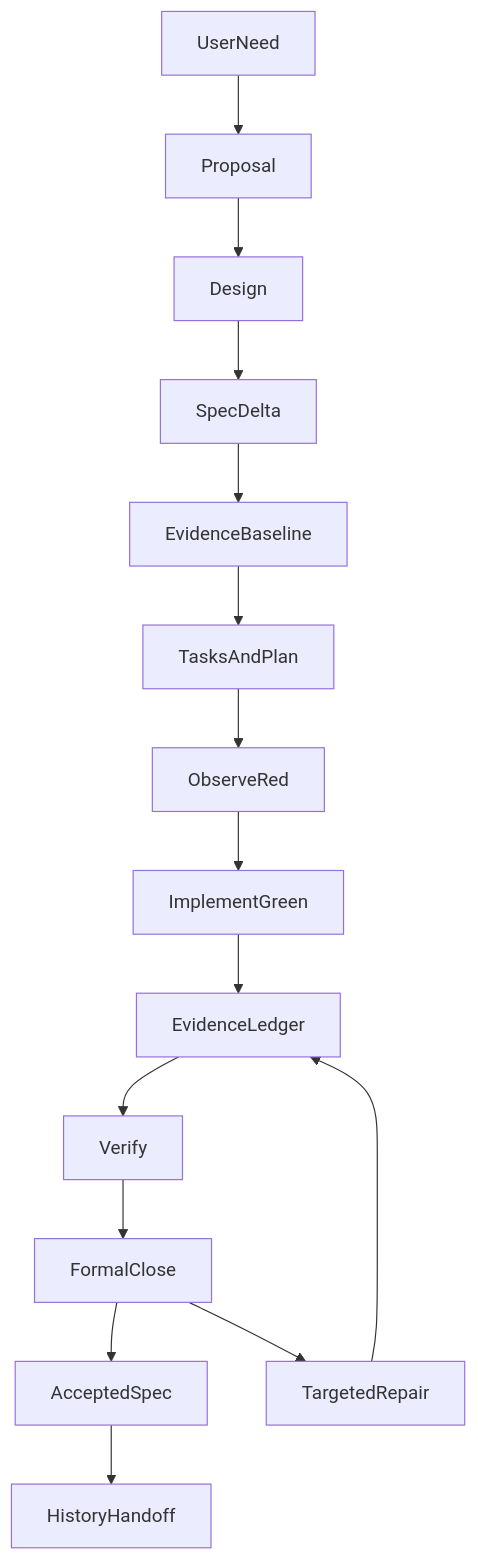
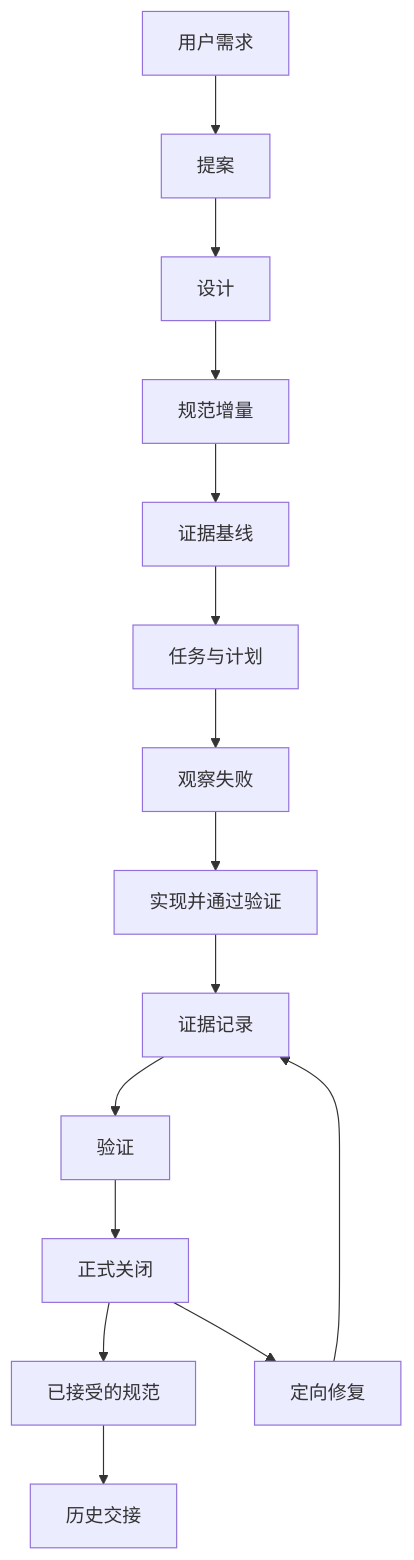
The diagram in articles/026-agent-spec-evidence-workflow.md (hpoenixf/eff-agent-article), drawn with Mermaid before and after one commit. The commit also changed 52 other files, not shown here.

Commit message:
docs: localize diagrams and clarify flagship guides

````diff
--- a/articles/026-agent-spec-evidence-workflow.md
+++ b/articles/026-agent-spec-evidence-workflow.md
@@ -46,17 +46,17 @@
 ```mermaid
 graph TD
-UserNeed --> Proposal
-Proposal --> Design
-Design --> SpecDelta
-SpecDelta --> EvidenceBaseline
-EvidenceBaseline --> TasksAndPlan
-TasksAndPlan --> ObserveRed
-ObserveRed --> ImplementGreen
-ImplementGreen --> EvidenceLedger
-EvidenceLedger --> Verify
-Verify --> FormalClose
-FormalClose --> AcceptedSpec
-FormalClose --> TargetedRepair
+UserNeed["用户需求"] --> Proposal["提案"]
+Proposal --> Design["设计"]
+Design --> SpecDelta["规范增量"]
+SpecDelta --> EvidenceBaseline["证据基线"]
+EvidenceBaseline --> TasksAndPlan["任务与计划"]
+TasksAndPlan --> ObserveRed["观察失败"]
+ObserveRed --> ImplementGreen["实现并通过验证"]
+ImplementGreen --> EvidenceLedger["证据记录"]
+EvidenceLedger --> Verify["验证"]
+Verify --> FormalClose["正式关闭"]
+FormalClose --> AcceptedSpec["已接受的规范"]
+FormalClose --> TargetedRepair["定向修复"]
 TargetedRepair --> EvidenceLedger
-AcceptedSpec --> HistoryHandoff
+AcceptedSpec --> HistoryHandoff["历史交接"]
 ```
````
